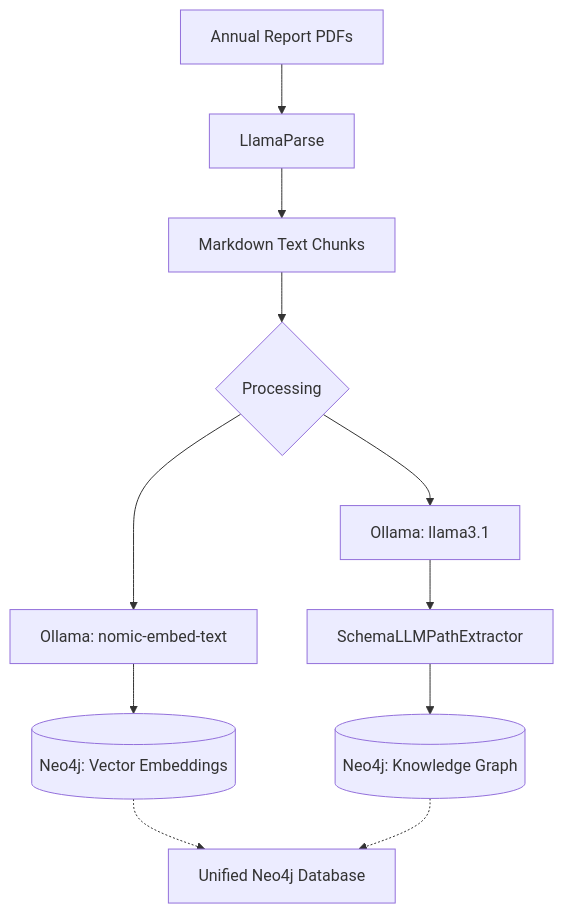
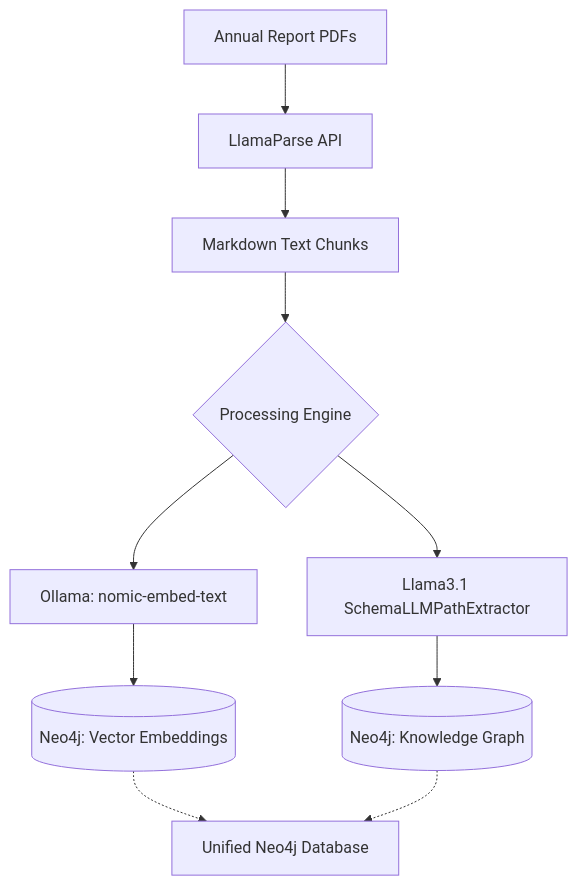
One commit to avyuktcodes/TATA-RATAN-Version-2- changed the first of 2 diagrams in README.md. Above: the diagram before and after it, drawn with Mermaid. The commit also changed other lines of this file and 45 other files, not shown here.

Commit message:
Initial commit: Tata Ratan Enterprise GraphRAG

````diff
--- a/README.md
+++ b/README.md
@@ -19,13 +20,12 @@
 ```mermaid
 graph TD
-    A[Annual Report PDFs] --> B[LlamaParse]
+    A[Annual Report PDFs] --> B[LlamaParse API]
     B --> C[Markdown Text Chunks]
-    C --> D{Processing}
+    C --> D{Processing Engine}
     D --> E[Ollama: nomic-embed-text]
-    D --> F[Ollama: llama3.1]
+    D --> F[Llama3.1 SchemaLLMPathExtractor]
     E --> G[(Neo4j: Vector Embeddings)]
-    F --> H[SchemaLLMPathExtractor]
-    H --> I[(Neo4j: Knowledge Graph)]
+    F --> H[(Neo4j: Knowledge Graph)]
     G -.-> J[Unified Neo4j Database]
-    I -.-> J
+    H -.-> J
 ```
````
